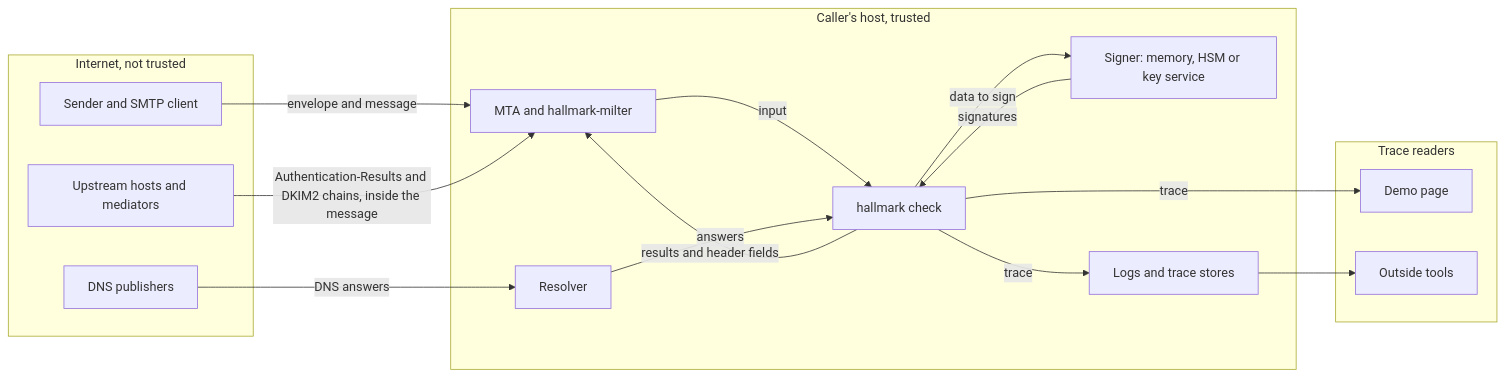
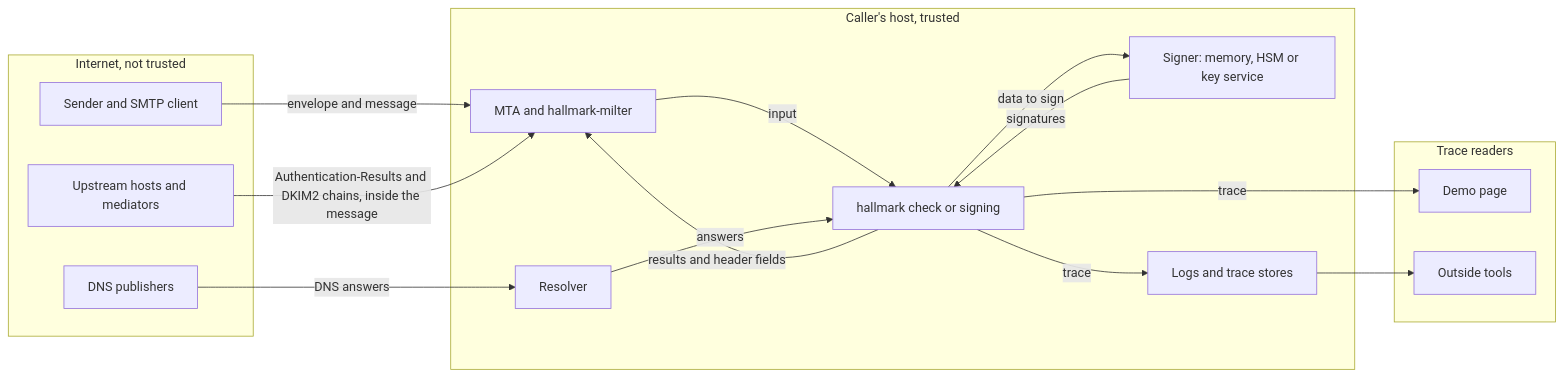
One commit to photom/hallmark changed the diagram in docs/reference/design/threat-model.md. Above: the diagram before and after it, drawn with Mermaid. The commit also changed other lines of this file and 45 other files, not shown here.

````diff
--- a/docs/reference/design/threat-model.md
+++ b/docs/reference/design/threat-model.md
@@ -15,30 +15,30 @@
 ```mermaid
 flowchart LR
     subgraph internet["Internet, not trusted"]
         sender["Sender and SMTP client"]
         publisher["DNS publishers"]
         upstream["Upstream hosts and mediators"]
     end
     subgraph host["Caller's host, trusted"]
         mta["MTA and hallmark-milter"]
         resolver["Resolver"]
-        core["hallmark check"]
+        core["hallmark check or signing"]
         signer["Signer: memory, HSM or key service"]
         logs["Logs and trace stores"]
     end
     subgraph readers["Trace readers"]
         demo["Demo page"]
         tools["Outside tools"]
     end
     sender -->|"envelope and message"| mta
     upstream -->|"Authentication-Results and DKIM2 chains, inside the message"| mta
     publisher -->|"DNS answers"| resolver
     mta -->|"input"| core
     resolver -->|"answers"| core
     core -->|"data to sign"| signer
     signer -->|"signatures"| core
     core -->|"results and header fields"| mta
     core -->|"trace"| logs
     logs --> tools
     core -->|"trace"| demo
 ```
````
